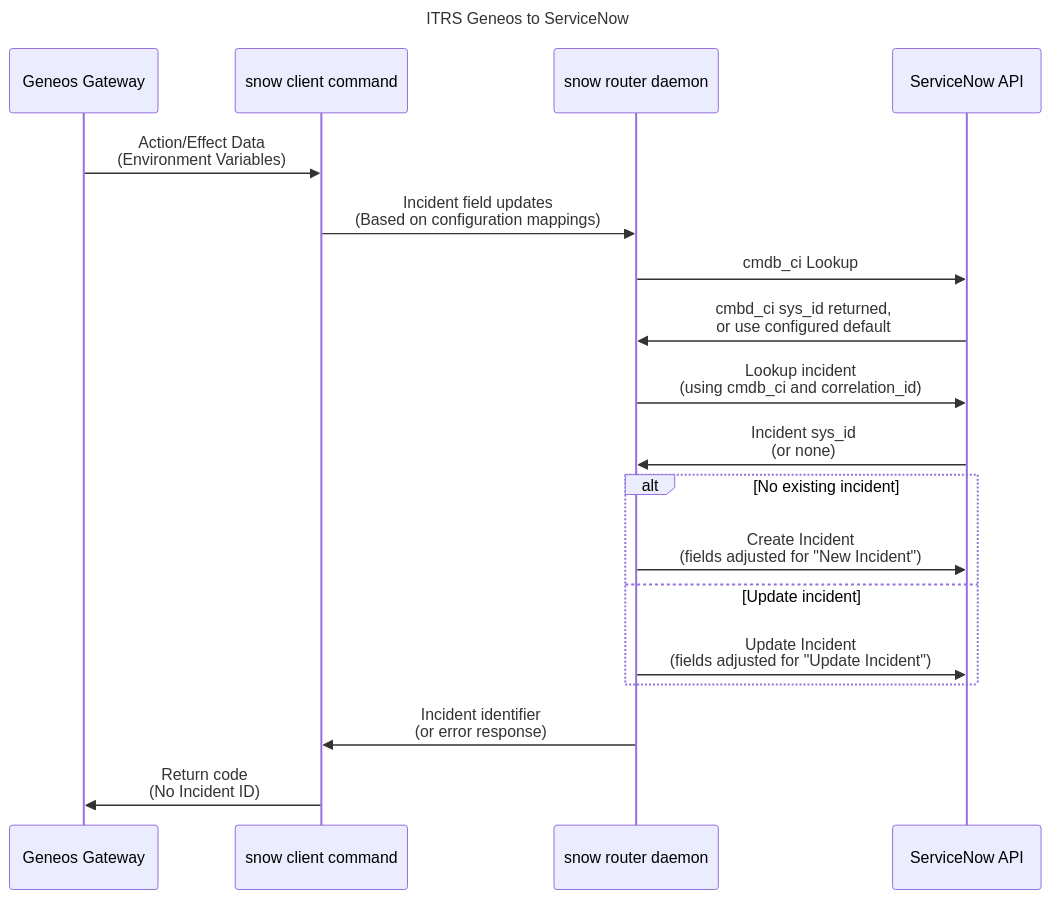
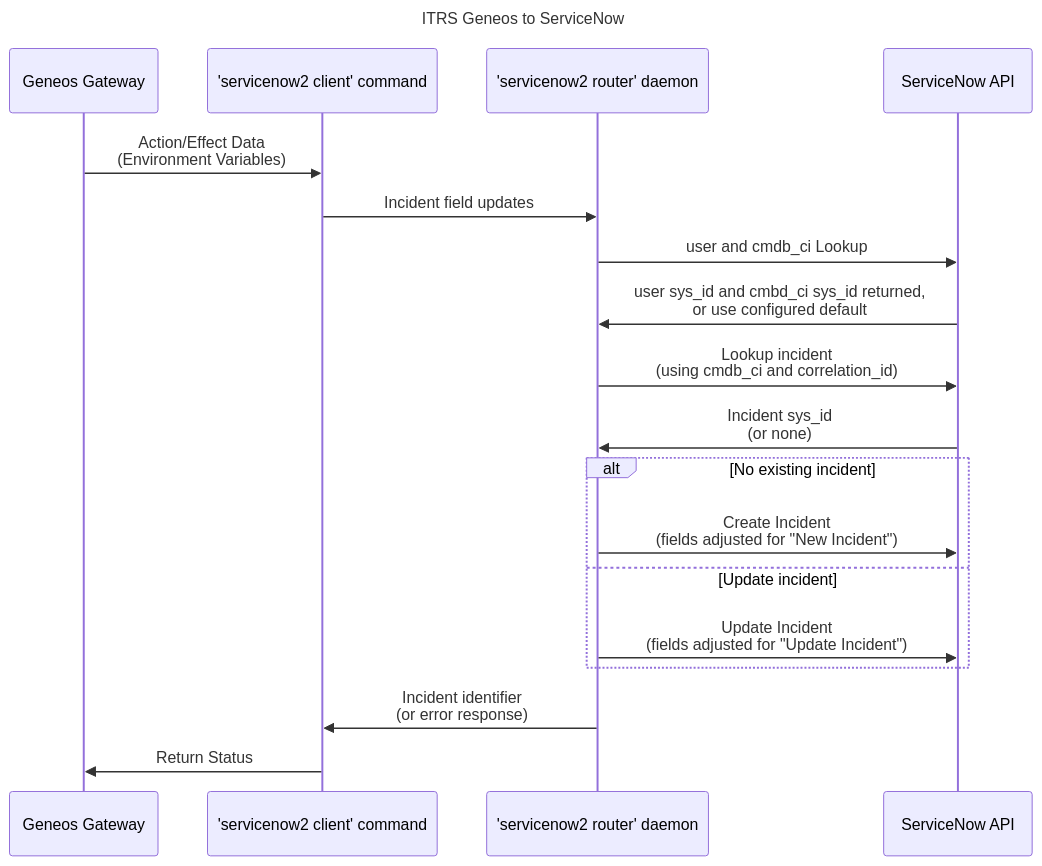
Before and after one commit to ITRS-Group/cordial: the diagram in integrations/servicenow2/README.md, drawn with Mermaid. The commit also changed other lines of this file, not shown here.

Commit message:
integrations/servicenow2: update README

````diff
--- a/integrations/servicenow2/README.md
+++ b/integrations/servicenow2/README.md
@@ -97,28 +97,28 @@
 ```mermaid
 ---
 title: ITRS Geneos to ServiceNow
 ---
 sequenceDiagram
     participant G as Geneos Gateway
-    participant C as snow client command
-    participant R as snow router daemon
+    participant C as 'servicenow2 client' command
+    participant R as 'servicenow2 router' daemon
     participant S as ServiceNow API
 
     G ->> C: Action/Effect Data<br/>(Environment Variables)
-    C ->> R: Incident field updates<br/>(Based on configuration mappings)
+    C ->> R: Incident field updates
 
-    R ->> S: cmdb_ci Lookup
-    S ->> R: cmbd_ci sys_id returned,<br/> or use configured default
+    R ->> S: user and cmdb_ci Lookup
+    S ->> R: user sys_id and cmbd_ci sys_id returned,<br/> or use configured default
 
     R ->> S: Lookup incident<br/>(using cmdb_ci and correlation_id)
     S ->> R: Incident sys_id<br/>(or none)
 
     alt No existing incident
     R ->> S: Create Incident<br/>(fields adjusted for "New Incident")
     else Update incident
     R ->> S: Update Incident<br/>(fields adjusted for "Update Incident")
     end
 
     R ->> C: Incident identifier<br/>(or error response)
-    C ->> G: Return code<br/>(No Incident ID)
+    C ->> G: Return Status
 ```
````
